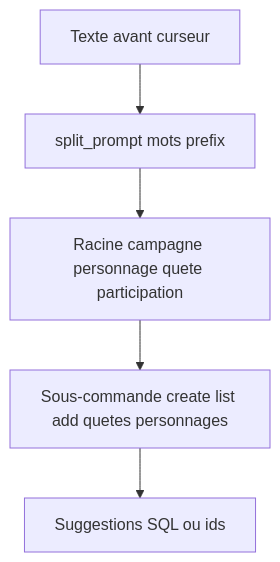
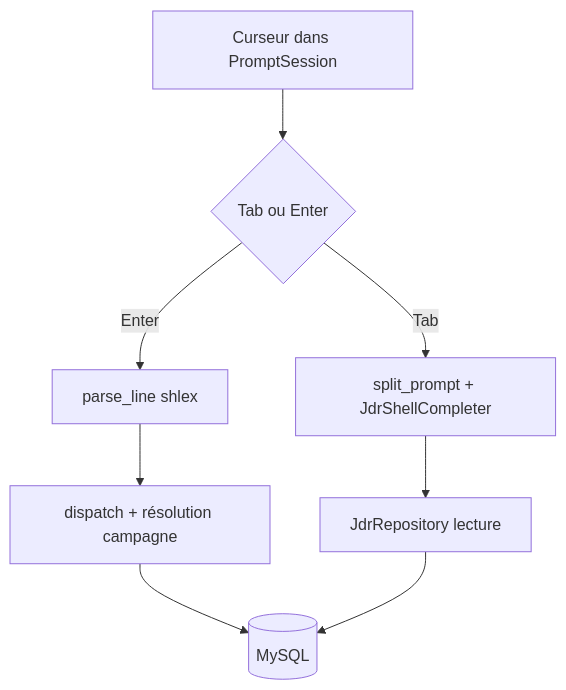
One commit to Primica/exampy changed the second of 2 diagrams in docs/application/shell.md. Above: the diagram before and after it, drawn with Mermaid. The commit also changed other lines of this file and 8 other files, not shown here.

````diff
--- a/docs/application/shell.md
+++ b/docs/application/shell.md
@@ -50,12 +79,16 @@
 ```mermaid
 flowchart TD
-  T[Texte avant curseur]
-  S[split_prompt mots prefix]
-  R[Racine campagne personnage quete participation]
-  Sub[Sous-commande create list add quetes personnages]
-  DB[Suggestions SQL ou ids]
-  T --> S
-  S --> R
-  R --> Sub
-  Sub --> DB
+  A[Curseur dans PromptSession]
+  B{Tab ou Enter}
+  C[split_prompt + JdrShellCompleter]
+  D[parse_line shlex]
+  E[dispatch + résolution campagne]
+  MY[(MySQL)]
+  A --> B
+  B -->|Tab| C
+  B -->|Enter| D
+  D --> E
+  E --> MY
+  C --> G[JdrRepository lecture]
+  G --> MY
 ```
````
